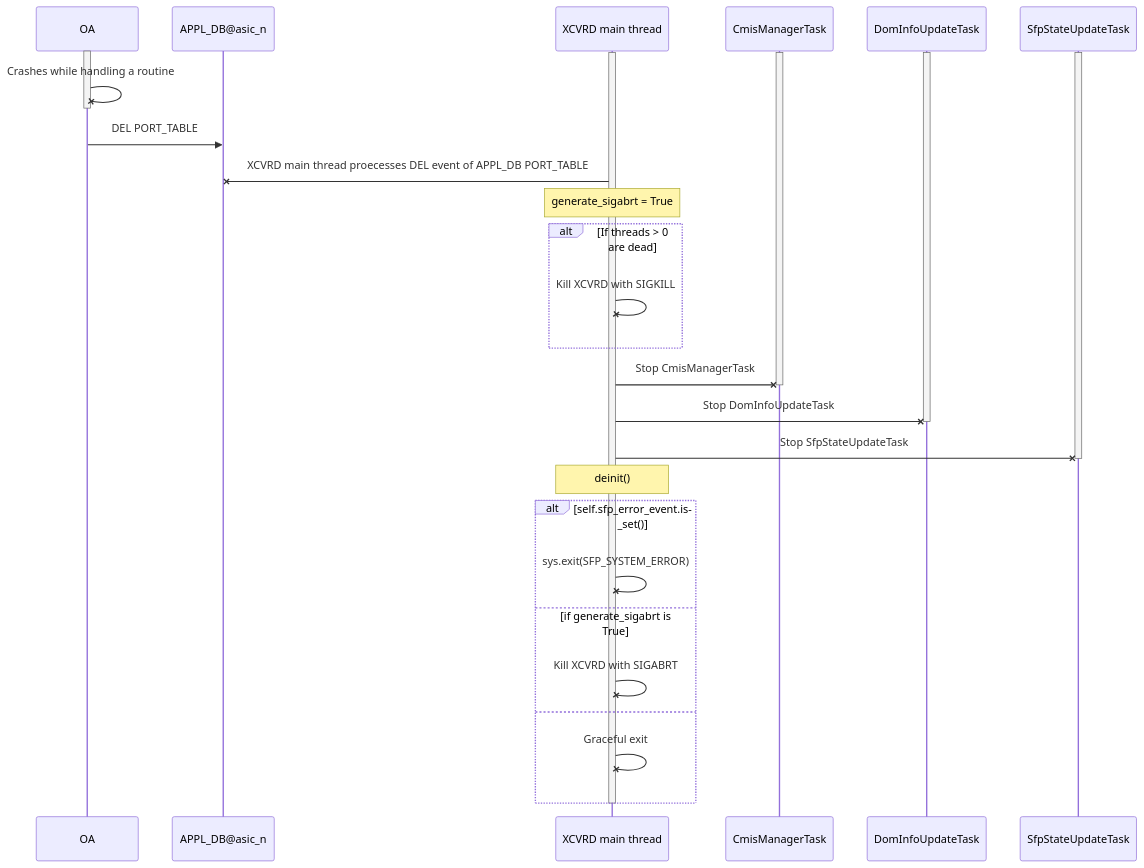
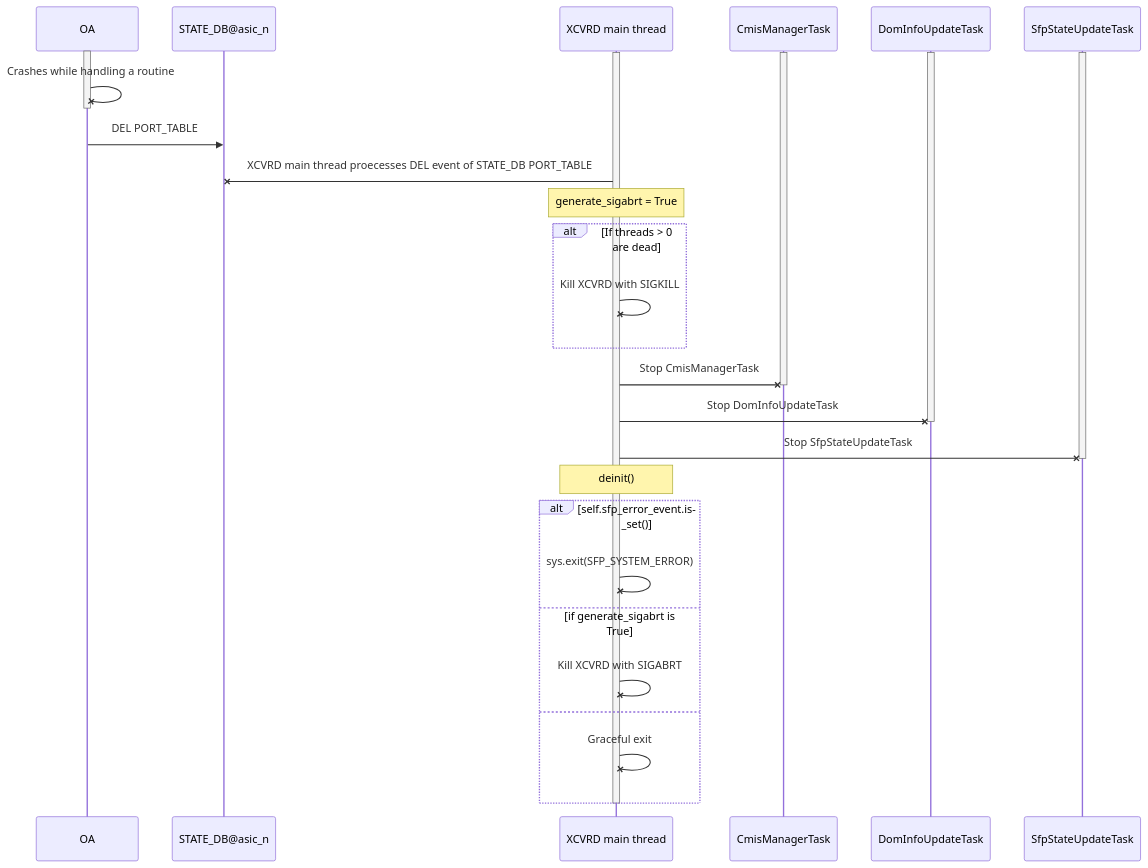
One commit to sonic-net/SONiC changed the fifth of 5 diagrams in doc/sfp-cmis/Interface-Link-bring-up-sequence.md. Above: the diagram before and after it, drawn with Mermaid. The commit also changed other lines of this file, not shown here.

Commit message:
Replaced usage of PORT_TABLE for storing the keys from APPL_DB to STATE_DB

````diff
--- a/doc/sfp-cmis/Interface-Link-bring-up-sequence.md
+++ b/doc/sfp-cmis/Interface-Link-bring-up-sequence.md
@@ -412,40 +409,40 @@
 ```mermaid
 sequenceDiagram
     participant OA
-    participant APPL_DB as APPL_DB@asic_n
+    participant STATE_DB as STATE_DB@asic_n
     participant XCVRDMT as XCVRD main thread
     participant CmisManagerTask
     participant DomInfoUpdateTask
     participant SfpStateUpdateTask
 
     activate OA
     activate XCVRDMT
     activate CmisManagerTask
     activate DomInfoUpdateTask
     activate SfpStateUpdateTask
     OA -x OA: Crashes while handling a routine
     deactivate OA
-    OA ->> APPL_DB : DEL PORT_TABLE
+    OA ->> STATE_DB : DEL PORT_TABLE
 
-    XCVRDMT -x APPL_DB : XCVRD main thread proecesses DEL event of APPL_DB PORT_TABLE
+    XCVRDMT -x STATE_DB : XCVRD main thread proecesses DEL event of STATE_DB PORT_TABLE
     Note over XCVRDMT: generate_sigabrt = True
     alt If threads > 0 are dead
         XCVRDMT -x XCVRDMT : Kill XCVRD with SIGKILL
     end
     XCVRDMT -x CmisManagerTask : Stop CmisManagerTask
     deactivate CmisManagerTask
     XCVRDMT -x DomInfoUpdateTask : Stop DomInfoUpdateTask
     deactivate DomInfoUpdateTask
     XCVRDMT -x SfpStateUpdateTask : Stop SfpStateUpdateTask
     deactivate SfpStateUpdateTask
     Note over XCVRDMT : deinit()
     alt self.sfp_error_event.is_set()
         XCVRDMT -x XCVRDMT : sys.exit(SFP_SYSTEM_ERROR)
     else if generate_sigabrt is True
         XCVRDMT -x XCVRDMT : Kill XCVRD with SIGABRT
 
     else
         XCVRDMT -x XCVRDMT : Graceful exit
     end
     deactivate XCVRDMT
 ```
````
